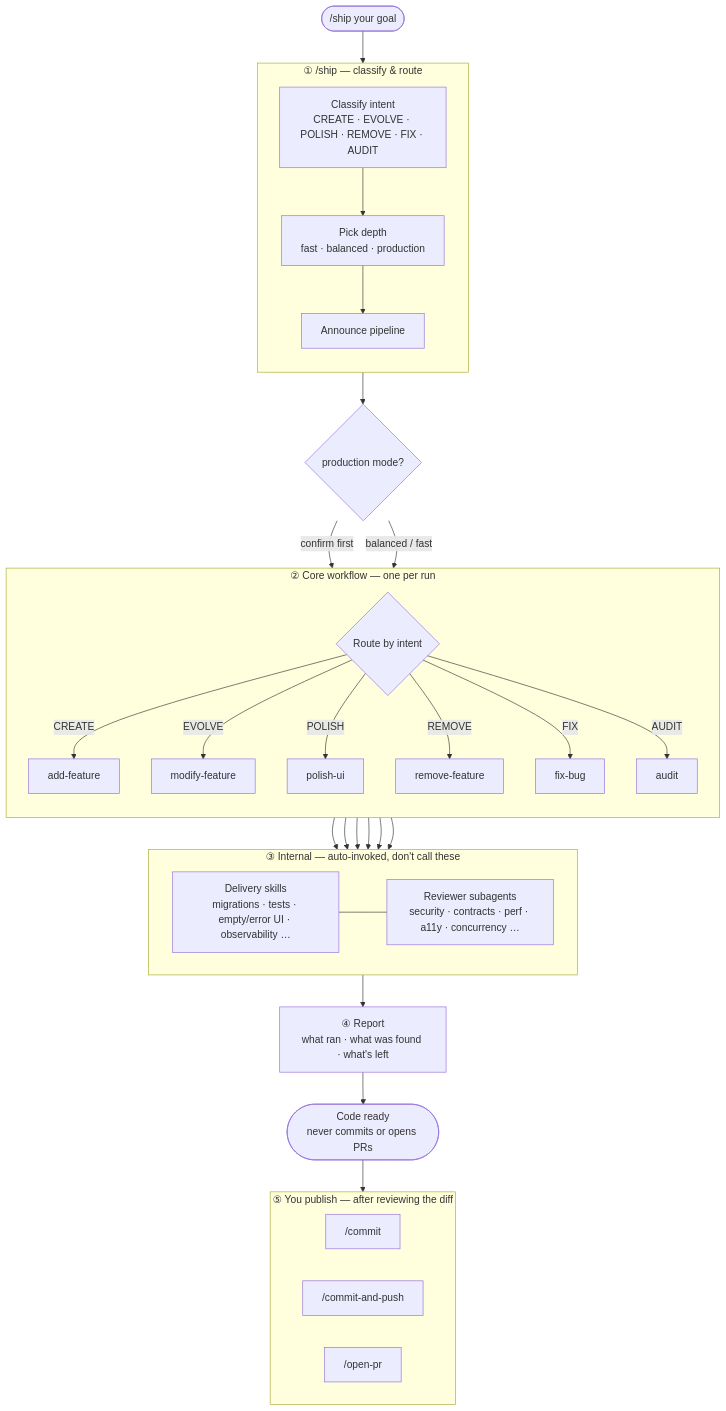
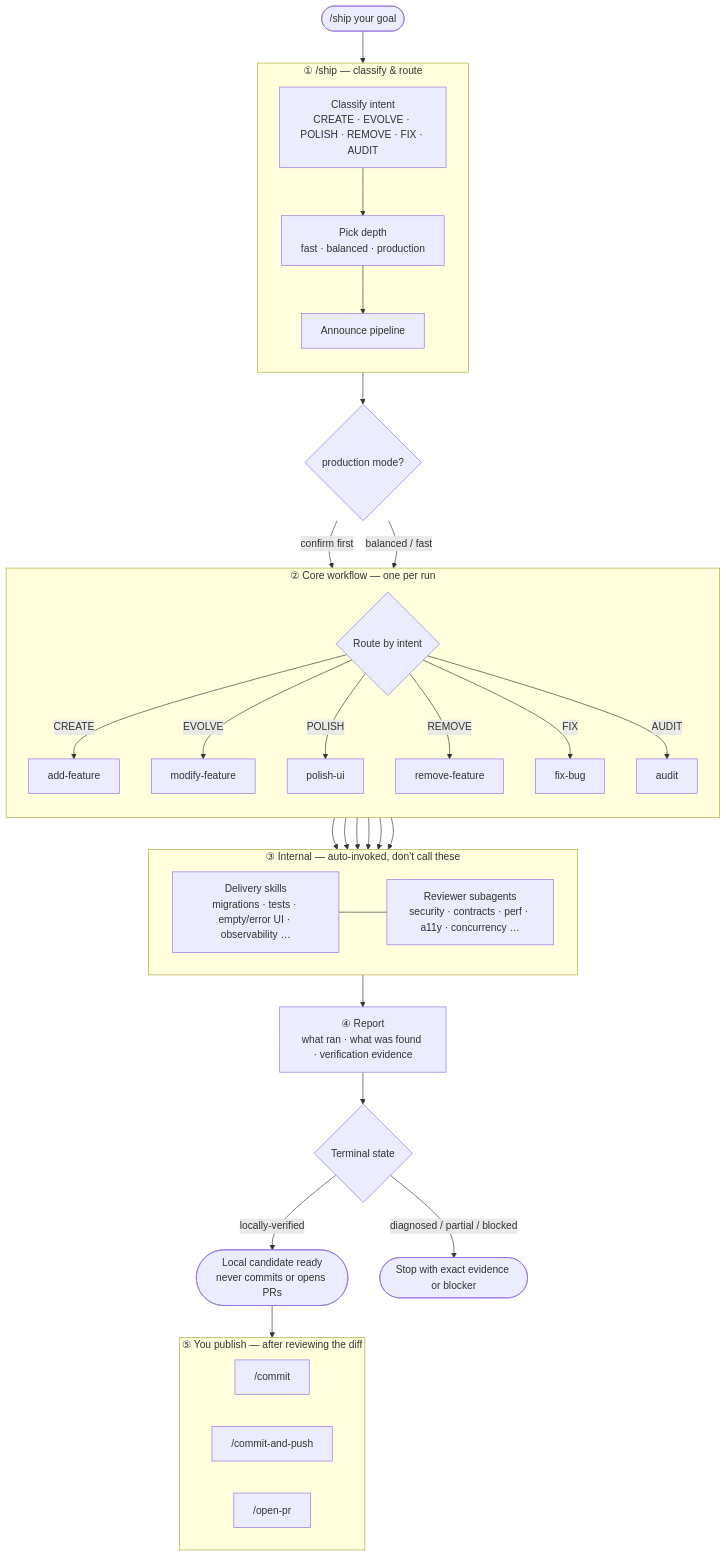
The diagram in README.md (AgentSystemLabs/core), drawn with Mermaid before and after one commit. The commit also changed other lines of this file and 21 other files, not shown here.

````diff
--- a/README.md
+++ b/README.md
@@ -70,60 +70,62 @@
 ```mermaid
 flowchart TB
     U(["/ship your goal"])
 
     subgraph L1["① /ship — classify & route"]
         direction TB
         C["Classify intent<br/>CREATE · EVOLVE · POLISH · REMOVE · FIX · AUDIT"]
         M["Pick depth<br/>fast · balanced · production"]
         A["Announce pipeline"]
         C --> M --> A
     end
 
     U --> C
     A --> G{"production mode?"}
     G -->|confirm first| R
     G -->|balanced / fast| R
 
     subgraph L2["② Core workflow — one per run"]
         direction TB
         R{"Route by intent"}
         AF["add-feature"]
         MF["modify-feature"]
         PU["polish-ui"]
         RF["remove-feature"]
         FB["fix-bug"]
         AU["audit"]
         R -->|CREATE| AF
         R -->|EVOLVE| MF
         R -->|POLISH| PU
         R -->|REMOVE| RF
         R -->|FIX| FB
         R -->|AUDIT| AU
     end
 
     subgraph L3["③ Internal — auto-invoked, don't call these"]
         direction LR
         SK["Delivery skills<br/>migrations · tests · empty/error UI · observability …"]
         RV["Reviewer subagents<br/>security · contracts · perf · a11y · concurrency …"]
         SK --- RV
     end
 
     AF --> L3
     MF --> L3
     PU --> L3
     RF --> L3
     FB --> L3
     AU --> L3
 
-    L3 --> REP["④ Report<br/>what ran · what was found · what's left"]
-    REP --> READY(["Code ready<br/>never commits or opens PRs"])
+    L3 --> REP["④ Report<br/>what ran · what was found · verification evidence"]
+    REP --> STATE{"Terminal state"}
+    STATE -->|"locally-verified"| READY(["Local candidate ready<br/>never commits or opens PRs"])
+    STATE -->|"diagnosed / partial / blocked"| STOP(["Stop with exact evidence or blocker"])
 
     subgraph L4["⑤ You publish — after reviewing the diff"]
         direction LR
         CM["/commit"]
         CP["/commit-and-push"]
         PR["/open-pr"]
     end
 
     READY --> L4
 ```
````
